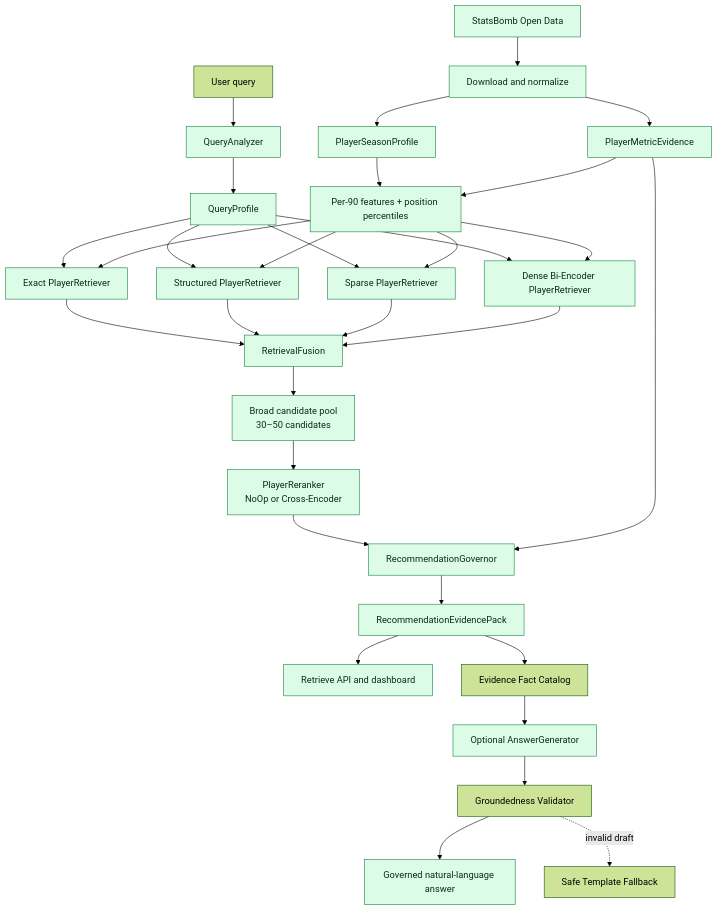
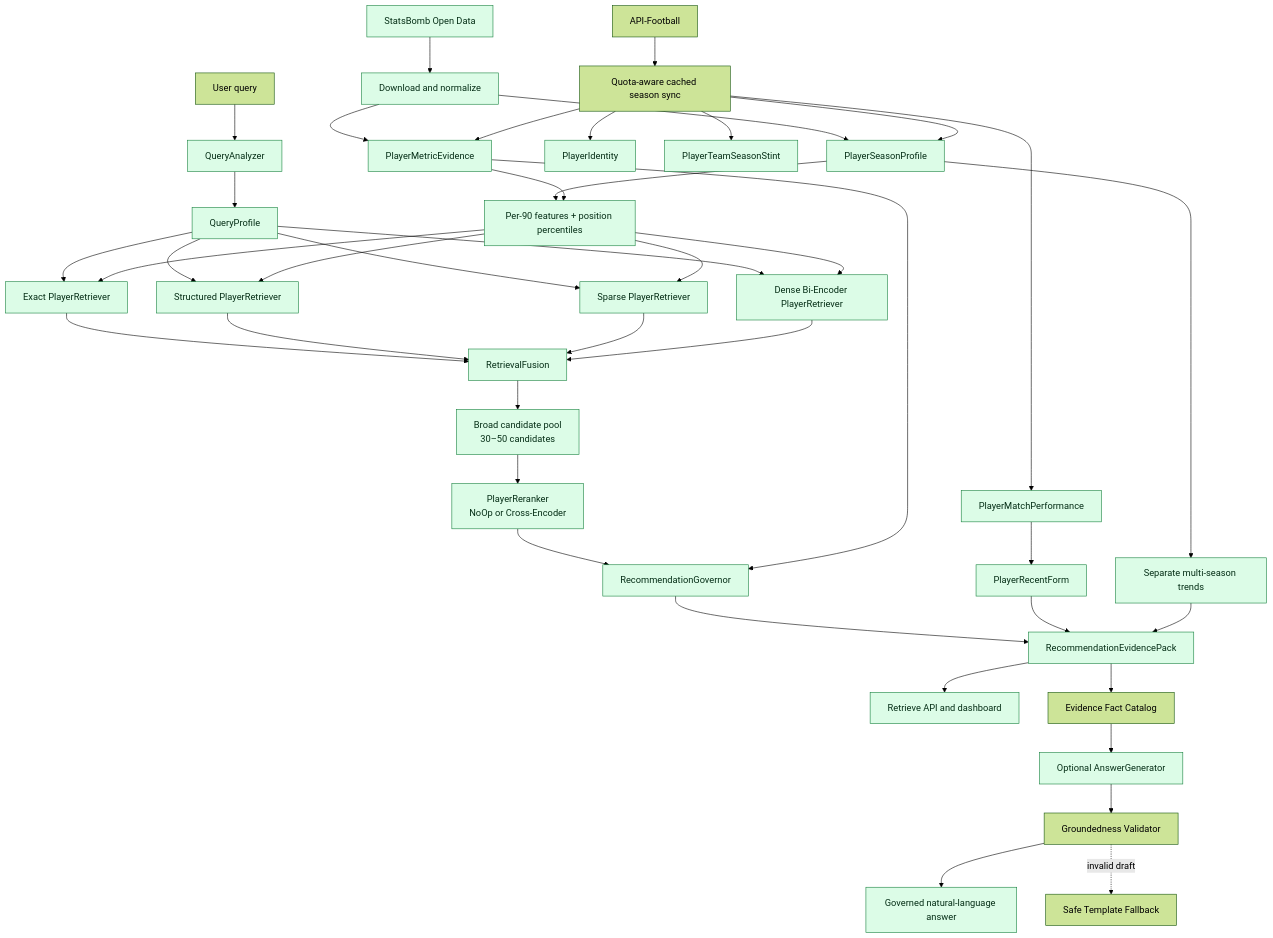
Before and after one commit to simonmang/ScoutRAG: the first of 2 diagrams in README.md, drawn with Mermaid (forest theme). The commit also changed other lines of this file and 3 other files, not shown here.

Commit message:
docs: document API-Football pipeline, temporal context, and position refinement

````diff
--- a/README.md
+++ b/README.md
@@ -57,42 +57,52 @@
 ```mermaid
 flowchart TD
     SB[StatsBomb Open Data] --> DN[Download and normalize]
+    AF[API-Football] --> AS[Quota-aware cached season sync]
     DN --> PS[PlayerSeasonProfile]
     DN --> ME[PlayerMetricEvidence]
+    AS --> PS
+    AS --> ME
+    AS --> PI[PlayerIdentity]
+    AS --> ST[PlayerTeamSeasonStint]
+    AS --> MP[PlayerMatchPerformance]
+    MP --> RF[PlayerRecentForm]
+    PS --> TR[Separate multi-season trends]
     PS --> FE[Per-90 features + position percentiles]
     ME --> FE
 
     U[User query] --> QA[QueryAnalyzer]
     QA --> QP[QueryProfile]
 
     QP --> ER[Exact PlayerRetriever]
     QP --> SR[Structured PlayerRetriever]
     QP --> SP[Sparse PlayerRetriever]
     QP --> DR[Dense Bi-Encoder PlayerRetriever]
 
     ER --> F[RetrievalFusion]
     SR --> F
     SP --> F
     DR --> F
 
     F --> CP[Broad candidate pool<br/>30–50 candidates]
     CP --> RR[PlayerReranker<br/>NoOp or Cross-Encoder]
     RR --> G[RecommendationGovernor]
     G --> EP[RecommendationEvidencePack]
     FE --> ER
     FE --> SR
     FE --> SP
     FE --> DR
     ME --> G
+    RF --> EP
+    TR --> EP
 
     EP --> API[Retrieve API and dashboard]
     EP --> FC[Evidence Fact Catalog]
     FC --> AG[Optional AnswerGenerator]
     AG --> GV[Groundedness Validator]
     GV --> AA[Governed natural-language answer]
     GV -. invalid draft .-> TF[Safe Template Fallback]
 
     classDef implemented fill:#dcfce7,stroke:#15803d,color:#052e16;
     classDef later fill:#f3f4f6,stroke:#6b7280,color:#111827;
-    class SB,DN,PS,ME,FE,QA,QP,ER,SR,SP,DR,F,CP,RR,G,EP,API,AG,AA implemented;
+    class SB,DN,PS,ME,PI,ST,MP,RF,TR,FE,QA,QP,ER,SR,SP,DR,F,CP,RR,G,EP,API,AG,AA implemented;
 ```
````
